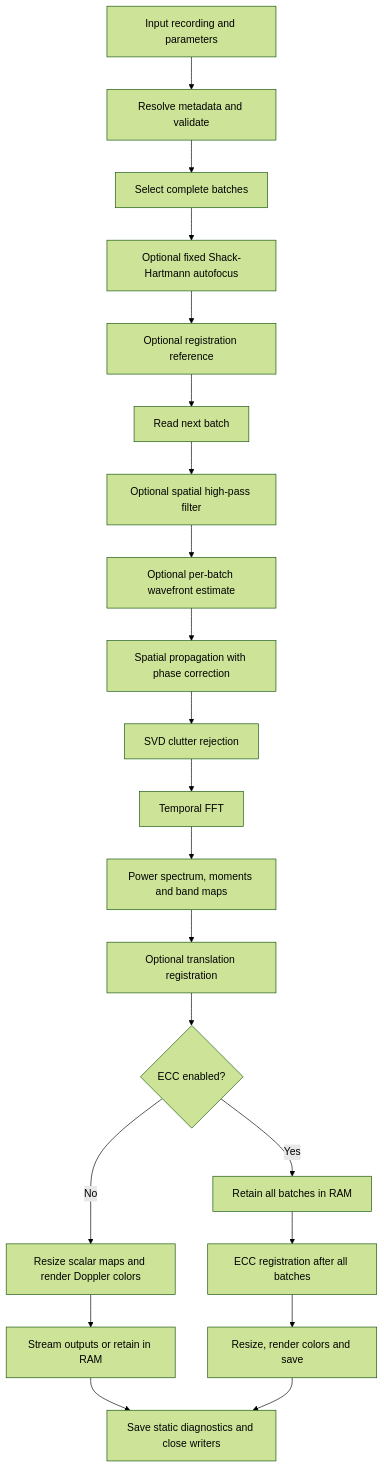
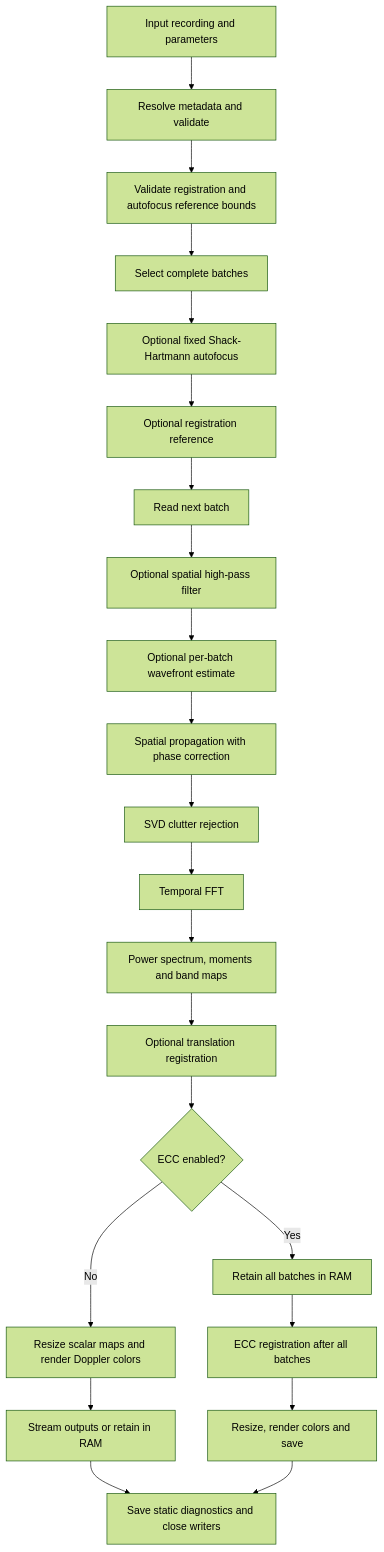
One commit to DigitalHolography/HoloDoppler changed the diagram in docs/main-pipeline.md. Above: the diagram before and after it, drawn with Mermaid (forest theme). The commit also changed other lines of this file and 1 other file, not shown here.

````diff
--- a/docs/main-pipeline.md
+++ b/docs/main-pipeline.md
@@ -52,23 +52,24 @@
 ```mermaid
 flowchart TD
     A[Input recording and parameters] --> B[Resolve metadata and validate]
-    B --> C[Select complete batches]
+    B --> V[Validate registration and autofocus reference bounds]
+    V --> C[Select complete batches]
     C --> D[Optional fixed Shack-Hartmann autofocus]
     D --> E[Optional registration reference]
     E --> F[Read next batch]
     F --> G[Optional spatial high-pass filter]
     G --> H[Optional per-batch wavefront estimate]
     H --> I[Spatial propagation with phase correction]
     I --> J[SVD clutter rejection]
     J --> K[Temporal FFT]
     K --> L[Power spectrum, moments and band maps]
     L --> M[Optional translation registration]
     M --> N{ECC enabled?}
     N -->|No| O[Resize scalar maps and render Doppler colors]
     O --> P[Stream outputs or retain in RAM]
     N -->|Yes| Q[Retain all batches in RAM]
     Q --> R[ECC registration after all batches]
     R --> S[Resize, render colors and save]
     P --> T[Save static diagnostics and close writers]
     S --> T
 ```
````
